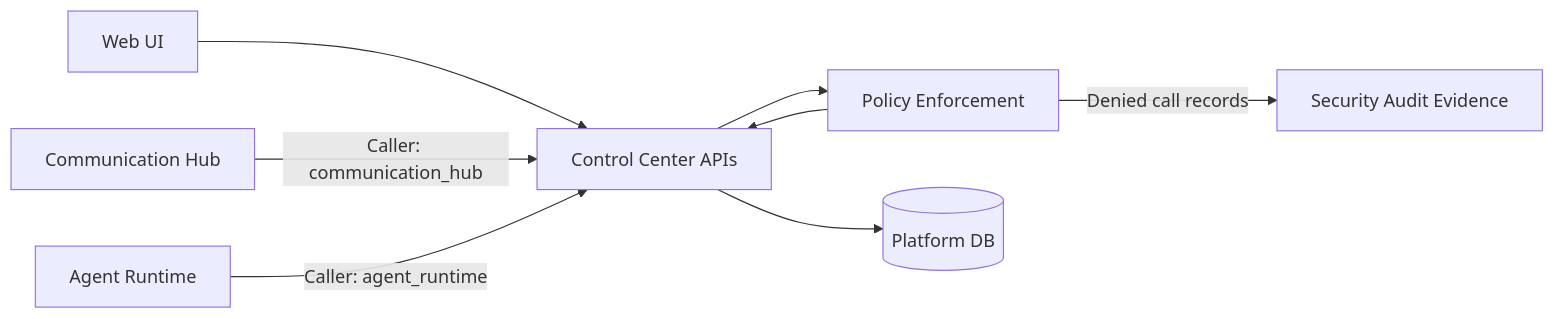
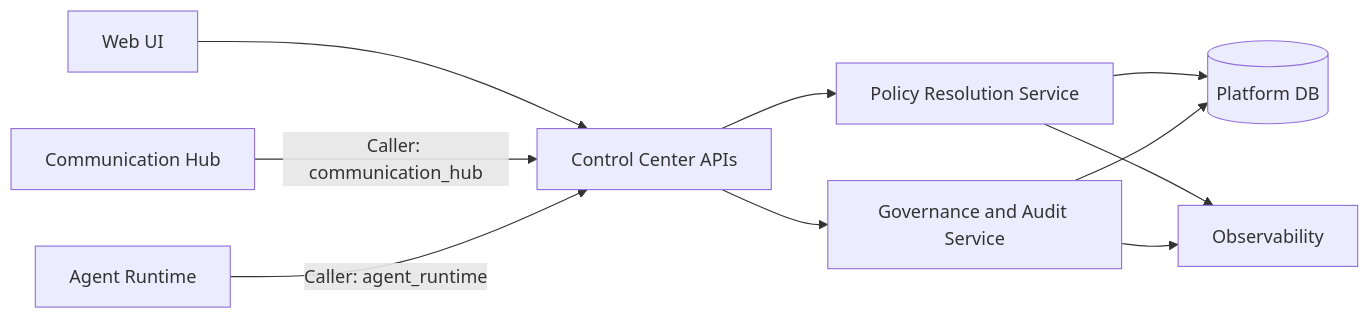
Before and after one commit to hurungang/parthenon: the first of 2 diagrams in docs/master/architecture/modules/control-center/architecture.md, drawn with Mermaid. The commit also changed other lines of this file and 141 other files, not shown here.

````diff
--- a/docs/master/architecture/modules/control-center/architecture.md
+++ b/docs/master/architecture/modules/control-center/architecture.md
@@ -3,18 +3,21 @@
 ```mermaid
 flowchart LR
     UI[Web UI]
     CH[Communication Hub]
     AR[Agent Runtime]
-    PEP[Policy Enforcement]
     API[Control Center APIs]
+    POL[Policy Resolution Service]
+    GOV[Governance and Audit Service]
     DB[(Platform DB)]
-    AUD[Security Audit Evidence]
+    OBS[Observability]
 
     UI --> API
     CH -->|Caller: communication_hub| API
     AR -->|Caller: agent_runtime| API
-    API --> PEP
-    PEP --> API
-    API --> DB
-    PEP -->|Denied call records| AUD
+    API --> POL
+    API --> GOV
+    POL --> DB
+    GOV --> DB
+    POL --> OBS
+    GOV --> OBS
 ```
````
